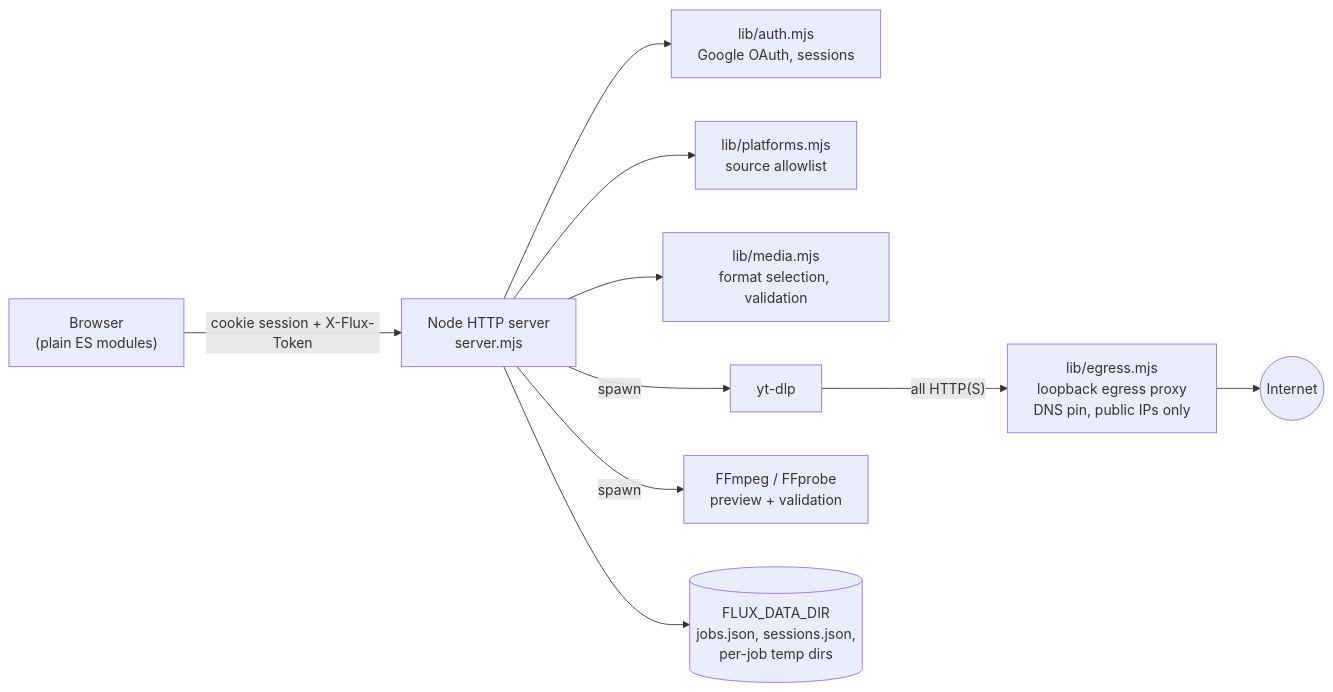
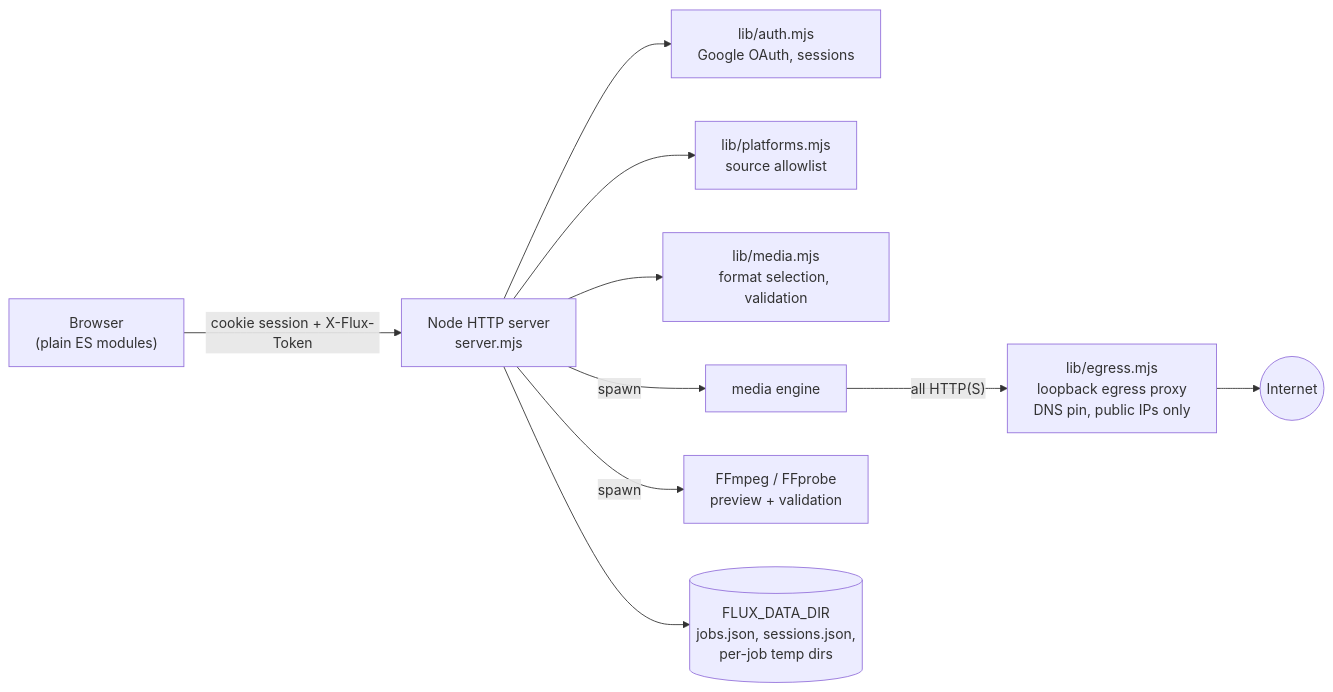
The diagram in README.md (10k11/flux), drawn with Mermaid before and after one commit. The commit also changed other lines of this file and 11 other files, not shown here.

````diff
--- a/README.md
+++ b/README.md
@@ -191,12 +210,12 @@
 ```mermaid
 flowchart LR
     B["Browser<br/>(plain ES modules)"] -->|"cookie session + X-Flux-Token"| S["Node HTTP server<br/>server.mjs"]
     S --> A["lib/auth.mjs<br/>Google OAuth, sessions"]
     S --> P["lib/platforms.mjs<br/>source allowlist"]
     S --> M["lib/media.mjs<br/>format selection, validation"]
-    S -->|spawn| Y["yt-dlp"]
+    S -->|spawn| Y["media engine"]
     Y -->|"all HTTP(S)"| E["lib/egress.mjs<br/>loopback egress proxy<br/>DNS pin, public IPs only"]
     E --> I(("Internet"))
     S -->|spawn| F["FFmpeg / FFprobe<br/>preview + validation"]
     S --> D[("FLUX_DATA_DIR<br/>jobs.json, sessions.json,<br/>per-job temp dirs")]
 ```
````
